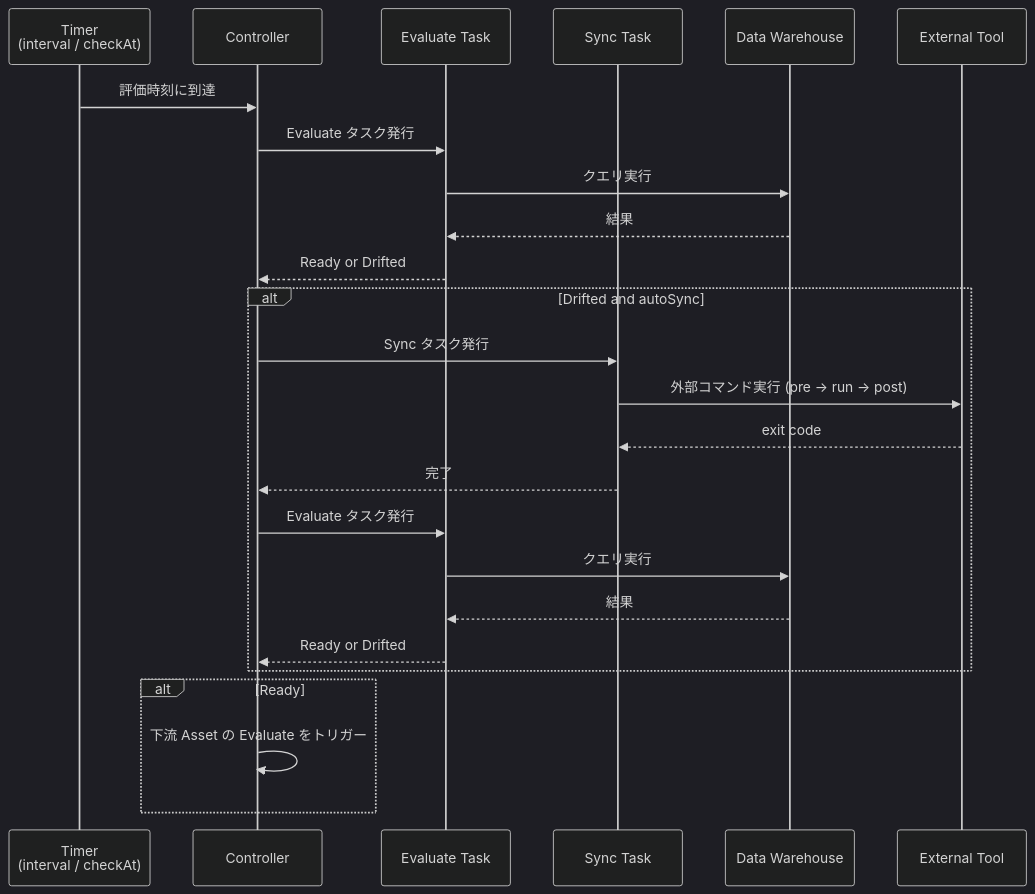
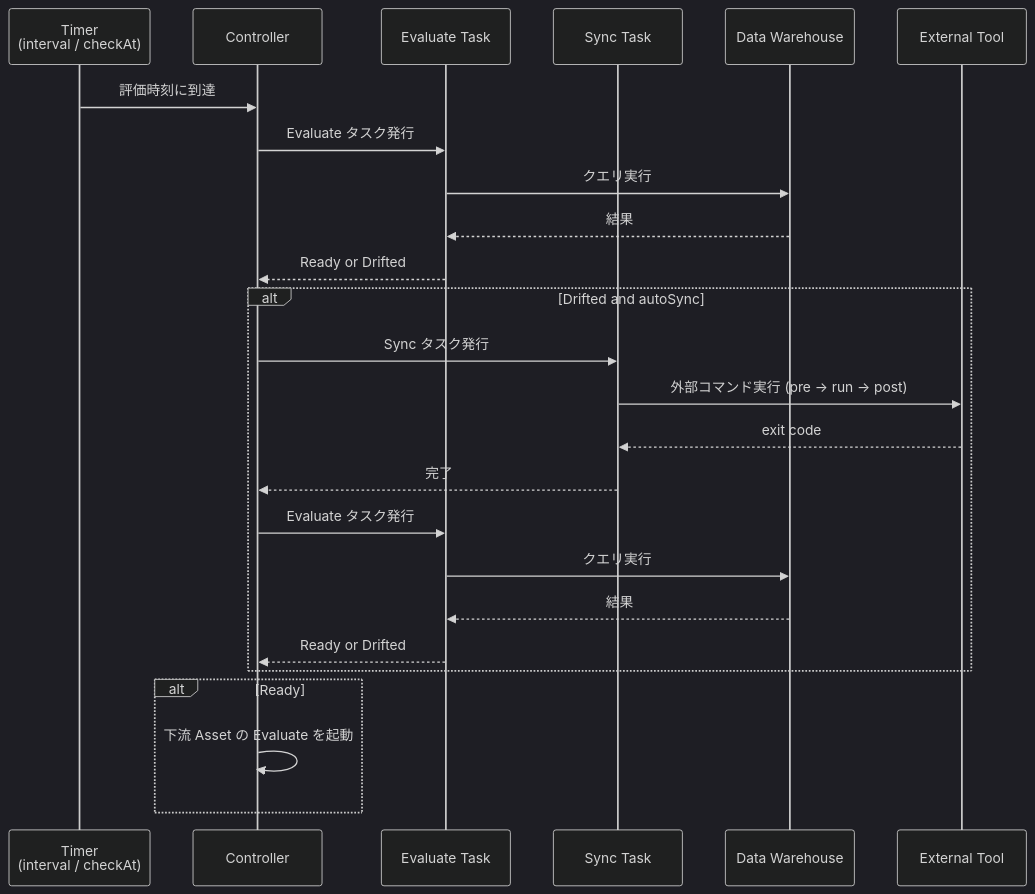
The diagram in docs/architecture/serve.md (nagi-project/nagi), drawn with Mermaid (dark theme) before and after one commit. The commit also changed other lines of this file and 11 other files, not shown here.

````diff
--- a/docs/architecture/serve.md
+++ b/docs/architecture/serve.md
@@ -9,30 +9,30 @@
 ```mermaid
 sequenceDiagram
     participant Timer as Timer<br>(interval / checkAt)
     participant Controller
     participant EvalTask as Evaluate Task
     participant SyncTask as Sync Task
     participant DWH as Data Warehouse
     participant CLI as External Tool
 
     Timer->>Controller: 評価時刻に到達
     Controller->>EvalTask: Evaluate タスク発行
     EvalTask->>DWH: クエリ実行
     DWH-->>EvalTask: 結果
     EvalTask-->>Controller: Ready or Drifted
 
     alt Drifted and autoSync
         Controller->>SyncTask: Sync タスク発行
         SyncTask->>CLI: 外部コマンド実行 (pre → run → post)
         CLI-->>SyncTask: exit code
         SyncTask-->>Controller: 完了
         Controller->>EvalTask: Evaluate タスク発行
         EvalTask->>DWH: クエリ実行
         DWH-->>EvalTask: 結果
         EvalTask-->>Controller: Ready or Drifted
     end
 
     alt Ready
-        Controller->>Controller: 下流 Asset の Evaluate をトリガー
+        Controller->>Controller: 下流 Asset の Evaluate を起動
     end
 ```
````
